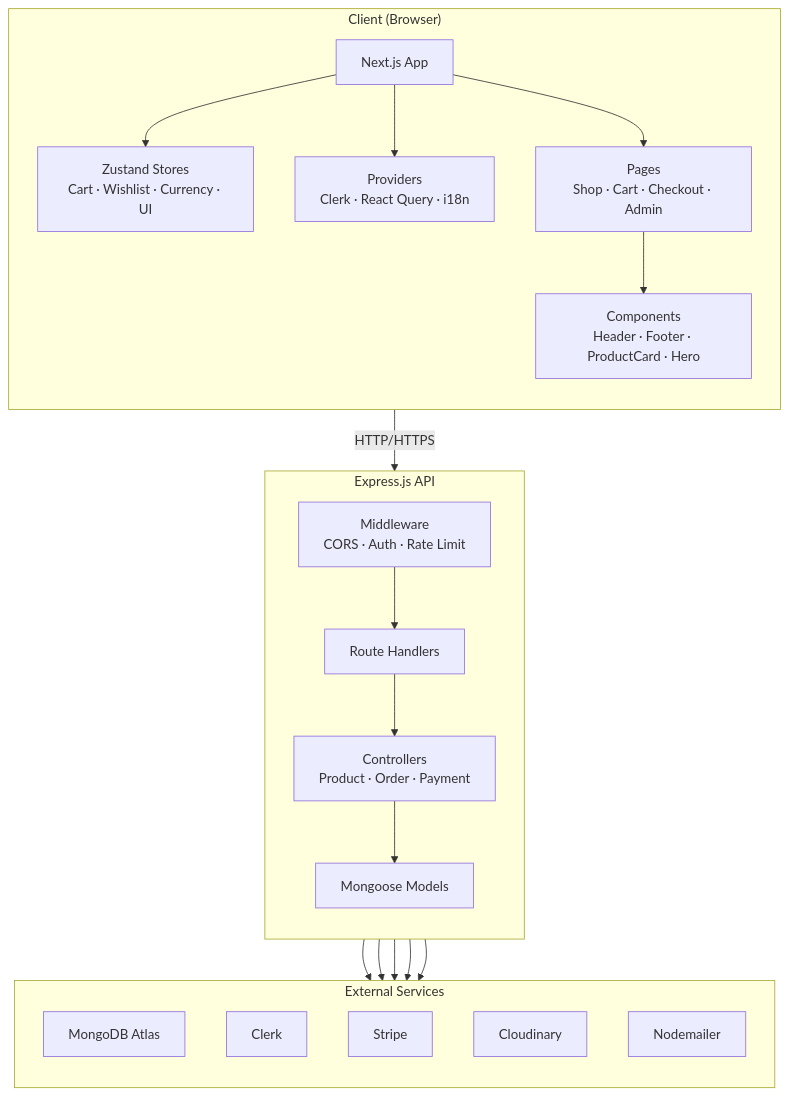
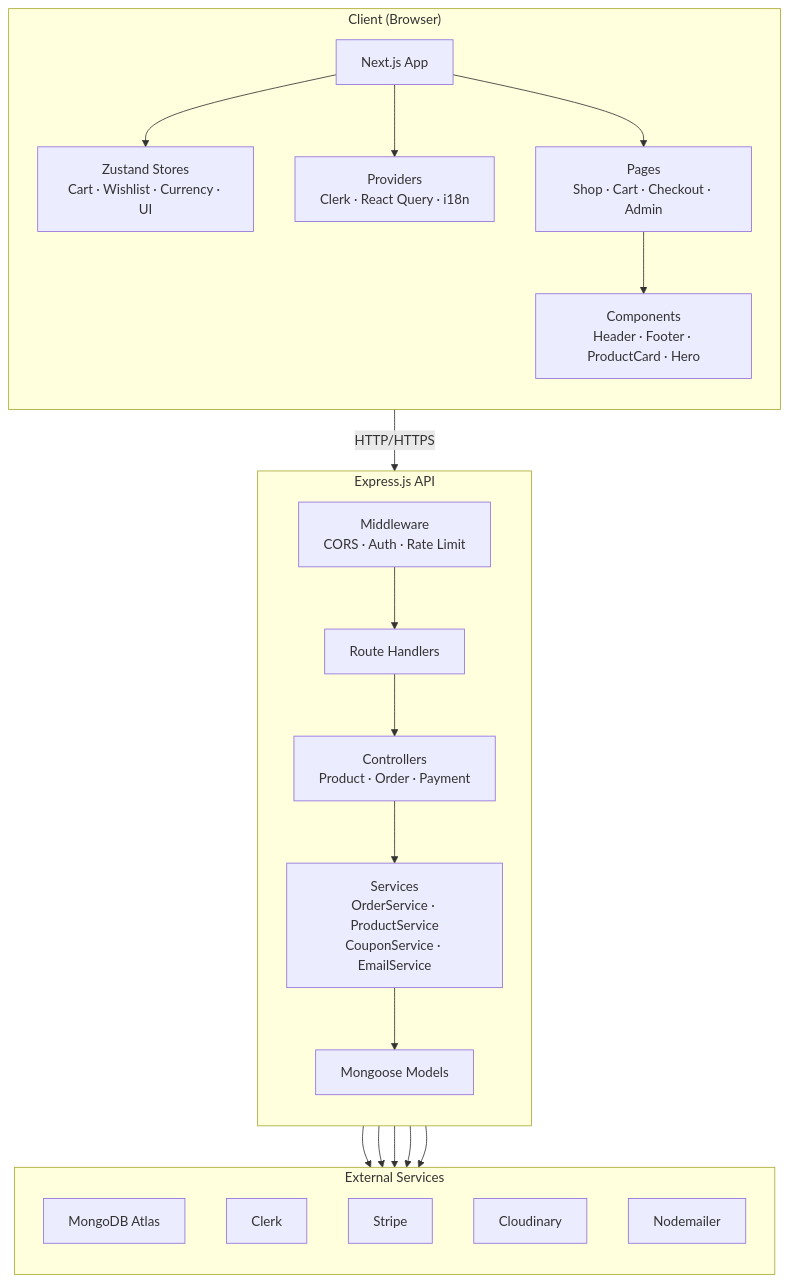
The first of 7 diagrams in README.md (divineshedrack33220/tkayconcept), drawn with Mermaid before and after one commit. The commit also changed other lines of this file and 31 other files, not shown here.

````diff
--- a/README.md
+++ b/README.md
@@ -156,42 +204,44 @@
 ```mermaid
 graph TB
     subgraph Client["Client (Browser)"]
         direction TB
         App["Next.js App"]
         Store["Zustand Stores<br/>Cart · Wishlist · Currency · UI"]
         Providers["Providers<br/>Clerk · React Query · i18n"]
         Pages["Pages<br/>Shop · Cart · Checkout · Admin"]
         Components["Components<br/>Header · Footer · ProductCard · Hero"]
     end
 
     subgraph API["Express.js API"]
         direction TB
         Middleware["Middleware<br/>CORS · Auth · Rate Limit"]
         Routes["Route Handlers"]
         Controllers["Controllers<br/>Product · Order · Payment"]
+        Services["Services<br/>OrderService · ProductService<br/>CouponService · EmailService"]
         Models["Mongoose Models"]
     end
 
     subgraph Data["External Services"]
         direction TB
         DB["MongoDB Atlas"]
         Auth["Clerk"]
         Pay["Stripe"]
         Media["Cloudinary"]
         Mail["Nodemailer"]
     end
 
     App --> Store
     App --> Providers
     App --> Pages
     Pages --> Components
     Components -->|"HTTP/HTTPS"| Middleware
     Middleware --> Routes
     Routes --> Controllers
-    Controllers --> Models
+    Controllers --> Services
+    Services --> Models
     Models --> DB
     Controllers --> Auth
     Controllers --> Pay
     Controllers --> Media
     Controllers --> Mail
 ```
````
